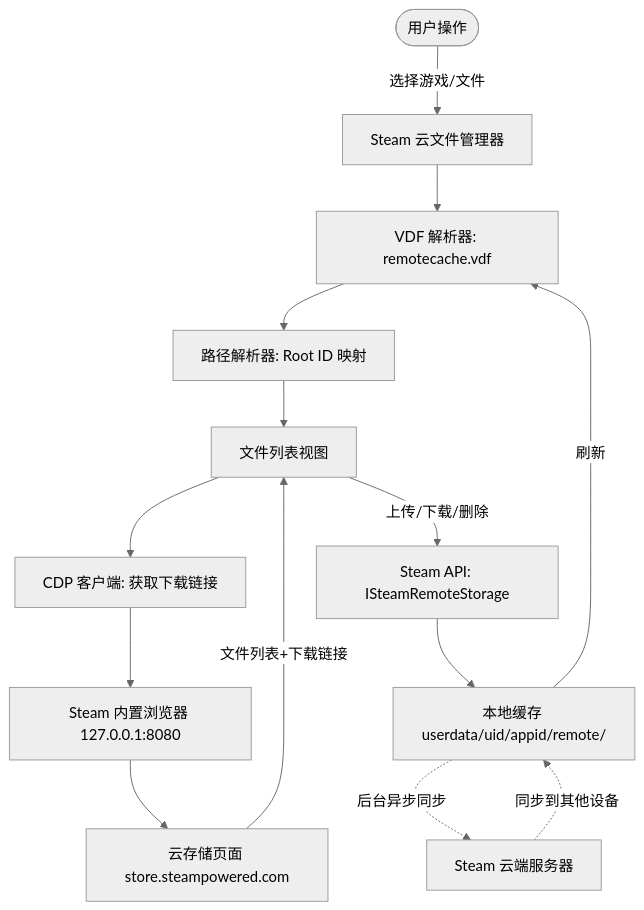
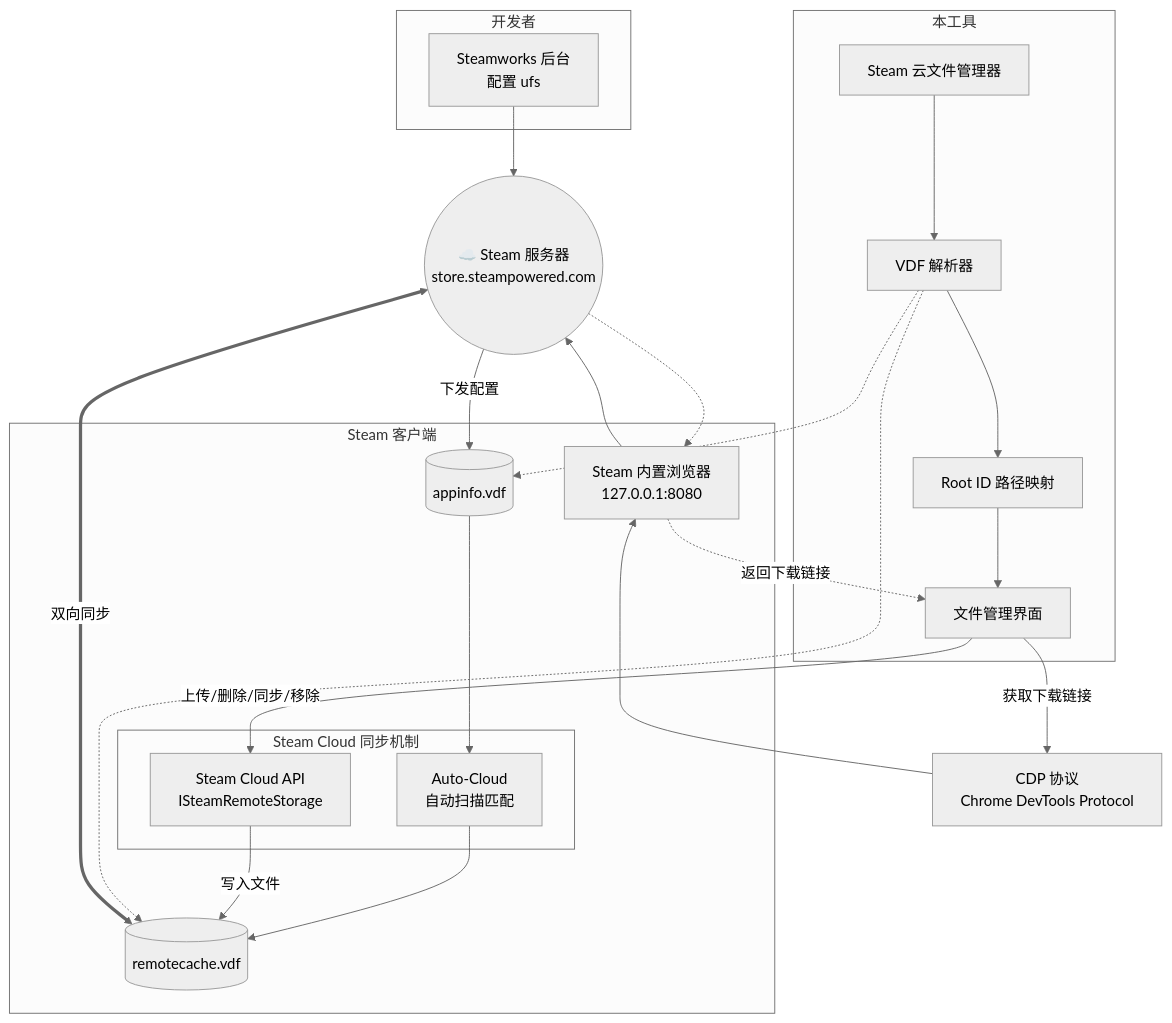
One commit to Fldicoahkiin/SteamCloudFileManager changed the first of 2 diagrams in README.md. Above: the diagram before and after it, drawn with Mermaid (neutral theme). The commit also changed other lines of this file and 2 other files, not shown here.

Commit message:
docs: 重构云同步机制架构图，优化技术描述

````diff
--- a/README.md
+++ b/README.md
@@ -259,16 +259,54 @@
 ```mermaid
-graph TD
-    User([用户操作]) -->|选择游戏/文件| App[Steam 云文件管理器]
-    App --> VDF["VDF 解析器: remotecache.vdf"]
-    VDF --> PathResolver["路径解析器: Root ID 映射"]
-    PathResolver --> FileList[文件列表视图]
-    FileList --> CDP["CDP 客户端: 获取下载链接"]
-    CDP --> SteamBrowser["Steam 内置浏览器 127.0.0.1:8080"]
-    SteamBrowser --> CloudPage["云存储页面 store.steampowered.com"]
-    CloudPage -->|文件列表+下载链接| FileList
-    FileList -->|上传/下载/删除| SteamAPI["Steam API: ISteamRemoteStorage"]
-    SteamAPI --> LocalCache["本地缓存 userdata/uid/appid/remote/"]
-    LocalCache -.->|后台异步同步| CloudServer[Steam 云端服务器]
-    CloudServer -.->|同步到其他设备| LocalCache
-    LocalCache -->|刷新| VDF
+graph TB
+    subgraph dev["开发者"]
+        Steamworks["Steamworks 后台<br/>配置 ufs"]
+    end
+    
+    subgraph client["Steam 客户端"]
+        AppInfo[(appinfo.vdf)]
+        RemoteCache[(remotecache.vdf)]
+        
+        subgraph sync["Steam Cloud 同步机制"]
+            Auto["Auto-Cloud<br/>自动扫描匹配"]
+            API["Steam Cloud API<br/>ISteamRemoteStorage"]
+        end
+        
+        SteamBrowser["Steam 内置浏览器<br/>127.0.0.1:8080"]
+    end
+    
+    CDP["CDP 协议<br/>Chrome DevTools Protocol"]
+    
+    Cloud(("☁️ Steam 服务器<br/>store.steampowered.com"))
+    
+    subgraph tool["本工具"]
+        App["Steam 云文件管理器"]
+        Parser["VDF 解析器"]
+        Resolver["Root ID 路径映射"]
+        UI["文件管理界面"]
+    end
+    
+    %% 配置流程（Steamworks → 服务器 → 客户端）
+    Steamworks --> Cloud
+    Cloud -->|下发配置| AppInfo
+    AppInfo --> Auto
+    
+    %% 同步机制
+    Auto --> RemoteCache
+    API -->|写入文件| RemoteCache
+    RemoteCache <===>|双向同步| Cloud
+    
+    %% 浏览器
+    CDP --> SteamBrowser
+    SteamBrowser --> Cloud
+    
+    %% 本工具
+    App --> Parser
+    Parser -.-> RemoteCache
+    Parser -.-> AppInfo
+    Parser --> Resolver
+    Resolver --> UI
+    UI -->|上传/删除/同步/移除| API
+    UI -->|获取下载链接| CDP
+    Cloud -.-> SteamBrowser
+    SteamBrowser -.返回下载链接.-> UI
 ```
````
